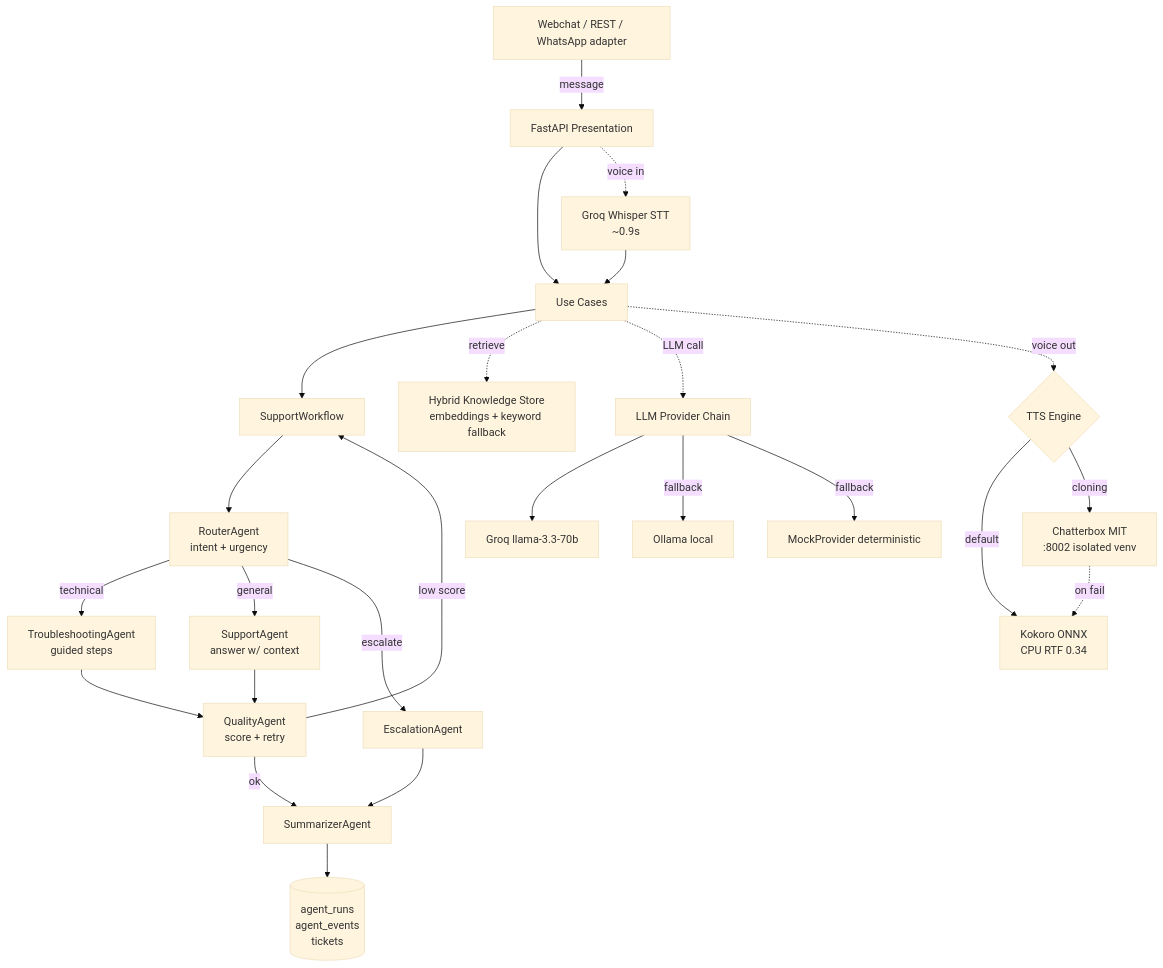
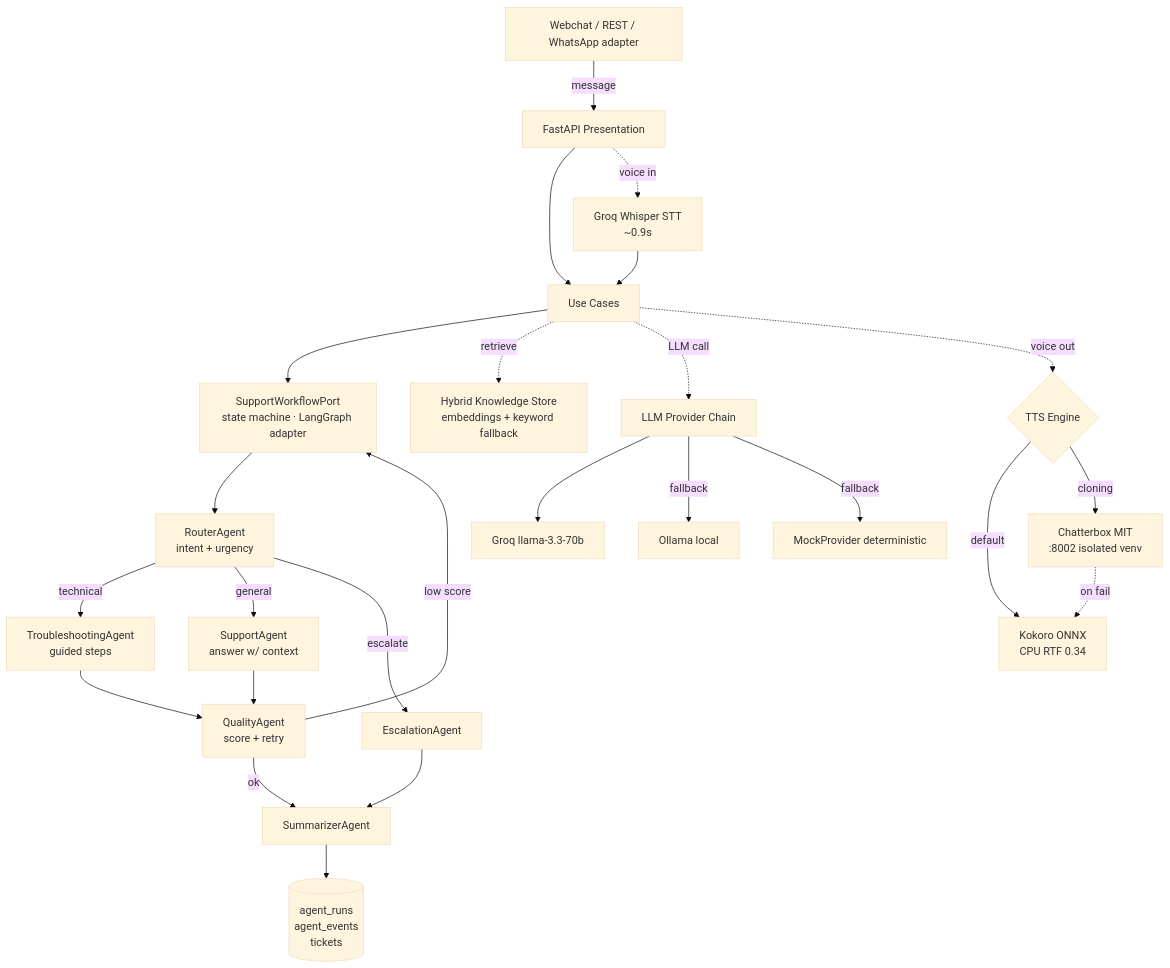
Before and after one commit to christianescamilla15-cell/callforge: the diagram in README.md, drawn with Mermaid (base theme). The commit also changed other lines of this file and 2 other files, not shown here.

````diff
--- a/README.md
+++ b/README.md
@@ -34,32 +35,32 @@
 ```mermaid
 flowchart TD
     Web[Webchat / REST / WhatsApp adapter] -->|message| API[FastAPI Presentation]
     API --> UC[Use Cases]
-    UC --> Workflow[SupportWorkflow]
+    UC --> Workflow[SupportWorkflowPort<br/>state machine · LangGraph adapter]
 
     Workflow --> Router[RouterAgent<br/>intent + urgency]
     Router -->|technical| Trouble[TroubleshootingAgent<br/>guided steps]
     Router -->|general| Support[SupportAgent<br/>answer w/ context]
     Router -->|escalate| Escalate[EscalationAgent]
 
     Support --> Quality[QualityAgent<br/>score + retry]
     Trouble --> Quality
     Quality -->|low score| Workflow
     Quality -->|ok| Sum[SummarizerAgent]
     Escalate --> Sum
 
     Sum --> Persist[(agent_runs<br/>agent_events<br/>tickets)]
 
     UC -.->|retrieve| KB[Hybrid Knowledge Store<br/>embeddings + keyword fallback]
     UC -.->|LLM call| Chain[LLM Provider Chain]
     Chain --> Groq[Groq llama-3.3-70b]
     Chain -->|fallback| Ollama[Ollama local]
     Chain -->|fallback| Mock[MockProvider deterministic]
 
     API -.->|voice in| STT[Groq Whisper STT<br/>~0.9s]
     STT --> UC
     UC -.->|voice out| TTS{TTS Engine}
     TTS -->|default| Kokoro[Kokoro ONNX<br/>CPU RTF 0.34]
     TTS -->|cloning| Chatterbox[Chatterbox MIT<br/>:8002 isolated venv]
     Chatterbox -.->|on fail| Kokoro
 ```
````
